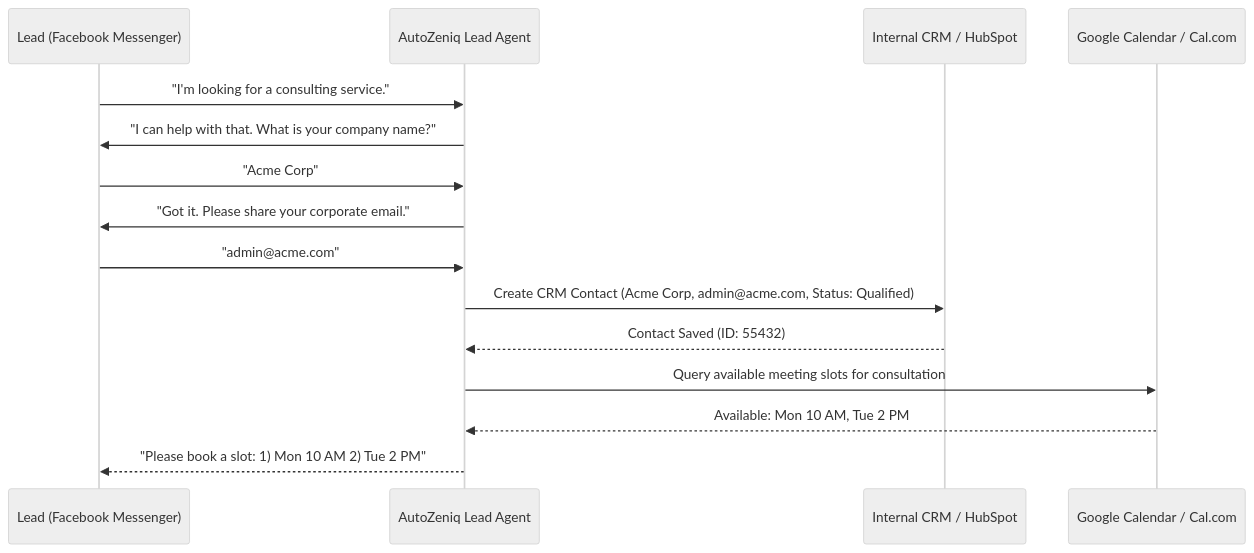
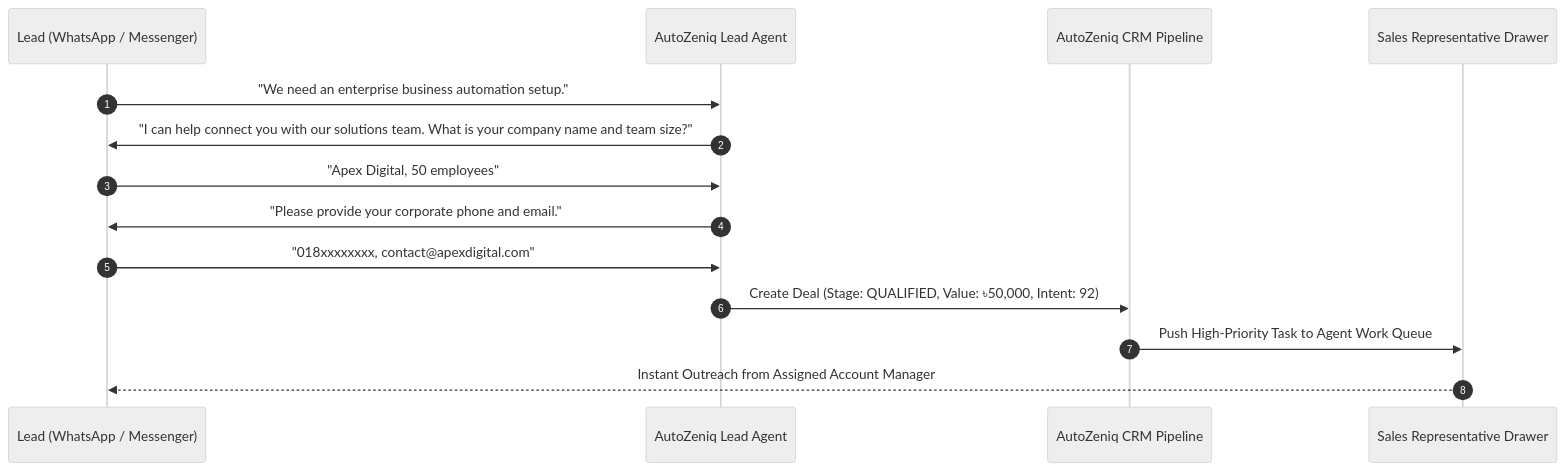
The diagram in solutions/business.md (Autozeniq/autozniq-knowledge), drawn with Mermaid (neutral theme) before and after one commit. The commit also changed other lines of this file and 15 other files, not shown here.

Commit message:
docs: add knowledge base markdown files for AutoZeniq platform terminology, FAQs, glossary, and features

````diff
--- a/solutions/business.md
+++ b/solutions/business.md
@@ -34,18 +36,17 @@
 ```mermaid
 sequenceDiagram
-    participant Prospect as Lead (Facebook Messenger)
+    autonumber
+    participant Prospect as Lead (WhatsApp / Messenger)
     participant Agent as AutoZeniq Lead Agent
-    participant CRM as Internal CRM / HubSpot
-    participant Calendar as Google Calendar / Cal.com
+    participant CRM as AutoZeniq CRM Pipeline
+    participant Rep as Sales Representative Drawer
     
-    Prospect->>Agent: "I'm looking for a consulting service."
-    Agent->>Prospect: "I can help with that. What is your company name?"
-    Prospect->>Agent: "Acme Corp"
-    Agent->>Prospect: "Got it. Please share your corporate email."
-    Prospect->>Agent: "admin@acme.com"
-    Agent->>CRM: Create CRM Contact (Acme Corp, admin@acme.com, Status: Qualified)
-    CRM-->>Agent: Contact Saved (ID: 55432)
-    Agent->>Calendar: Query available meeting slots for consultation
-    Calendar-->>Agent: Available: Mon 10 AM, Tue 2 PM
-    Agent-->>Prospect: "Please book a slot: 1) Mon 10 AM  2) Tue 2 PM"
+    Prospect->>Agent: "We need an enterprise business automation setup."
+    Agent->>Prospect: "I can help connect you with our solutions team. What is your company name and team size?"
+    Prospect->>Agent: "Apex Digital, 50 employees"
+    Agent->>Prospect: "Please provide your corporate phone and email."
+    Prospect->>Agent: "018xxxxxxxx, contact@apexdigital.com"
+    Agent->>CRM: Create Deal (Stage: QUALIFIED, Value: ৳50,000, Intent: 92)
+    CRM->>Rep: Push High-Priority Task to Agent Work Queue
+    Rep-->>Prospect: Instant Outreach from Assigned Account Manager
 ```
````
